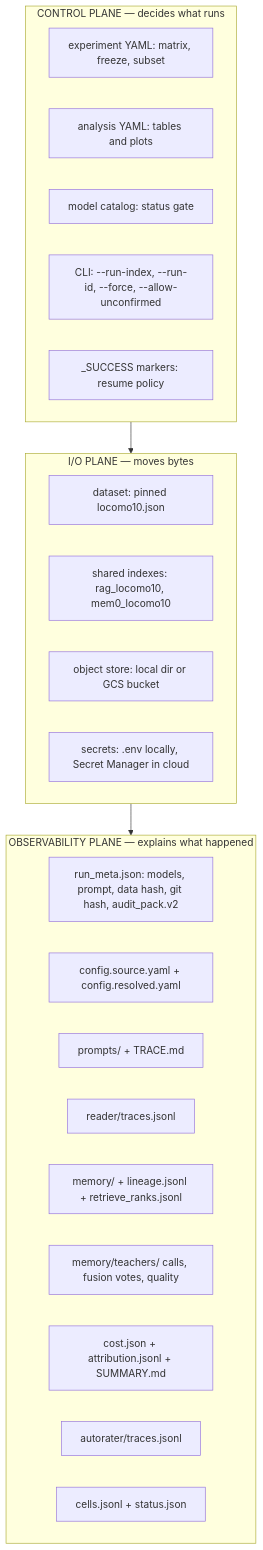
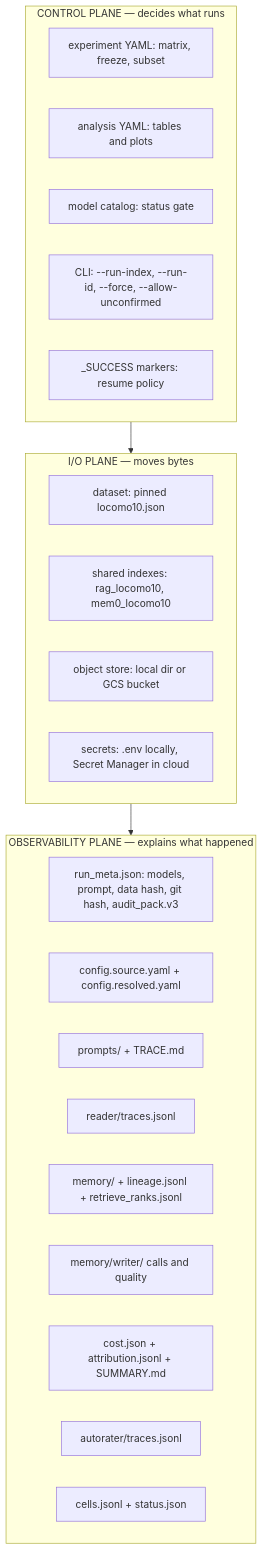
One commit to park-jsdev/long-term-memory-eval changed diagram 11 of 12 in README.md. Above: the diagram before and after it, drawn with Mermaid. The commit also changed other lines of this file and 213 other files, not shown here.

````diff
--- a/README.md
+++ b/README.md
@@ -567,31 +566,31 @@
 ```mermaid
 flowchart TB
   subgraph CP["CONTROL PLANE — decides what runs"]
     C1["experiment YAML: matrix, freeze, subset"]
     C2["analysis YAML: tables and plots"]
     C3["model catalog: status gate"]
     C4["CLI: --run-index, --run-id, --force, --allow-unconfirmed"]
     C5["_SUCCESS markers: resume policy"]
   end
 
   subgraph IO["I/O PLANE — moves bytes"]
     I1["dataset: pinned locomo10.json"]
     I2["shared indexes: rag_locomo10, mem0_locomo10"]
     I3["object store: local dir or GCS bucket"]
     I4["secrets: .env locally, Secret Manager in cloud"]
   end
 
   subgraph OP["OBSERVABILITY PLANE — explains what happened"]
-    O1["run_meta.json: models, prompt, data hash, git hash, audit_pack.v2"]
+    O1["run_meta.json: models, prompt, data hash, git hash, audit_pack.v3"]
     O2["config.source.yaml + config.resolved.yaml"]
     O3["prompts/ + TRACE.md"]
     O4["reader/traces.jsonl"]
     O5["memory/ + lineage.jsonl + retrieve_ranks.jsonl"]
-    O6["memory/teachers/ calls, fusion votes, quality"]
+    O6["memory/writer/ calls and quality"]
     O7["cost.json + attribution.jsonl + SUMMARY.md"]
     O8["autorater/traces.jsonl"]
     O9["cells.jsonl + status.json"]
   end
 
   CP --> IO --> OP
 ```
````
